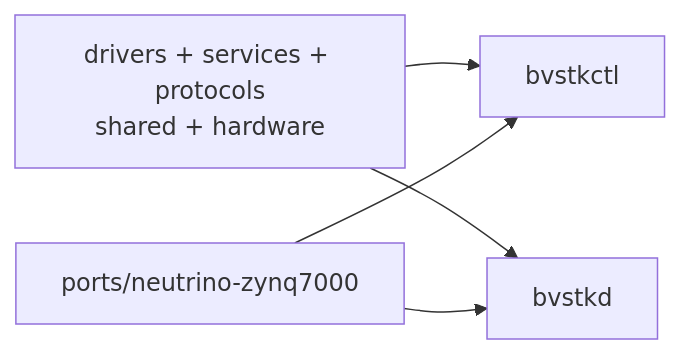
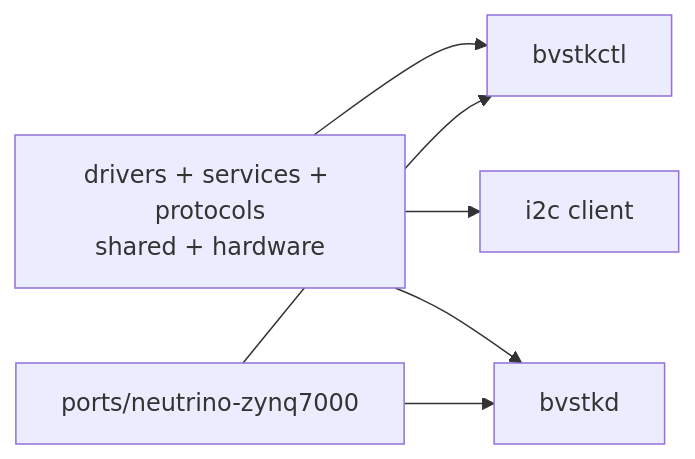
Before and after one commit to igtrefilov/bvstk: the second of 2 diagrams in docs/dev/source-layout.md, drawn with Mermaid. The commit also changed other lines of this file and 46 other files, not shown here.

````diff
--- a/docs/dev/source-layout.md
+++ b/docs/dev/source-layout.md
@@ -97,7 +97,8 @@
 ```mermaid
 flowchart LR
     COMMON["drivers + services + protocols\nshared + hardware"] --> CTL["bvstkctl"]
+    COMMON --> CLI["i2c client"]
     COMMON --> DAEMON["bvstkd"]
     NPORT["ports/neutrino-zynq7000"] --> CTL
     NPORT --> DAEMON
 ```
````
